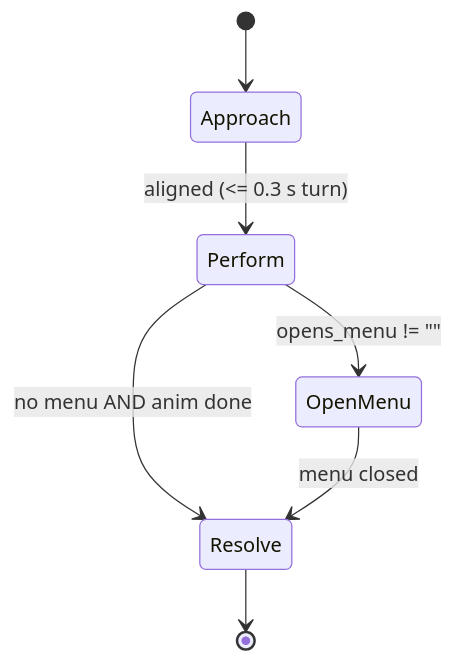
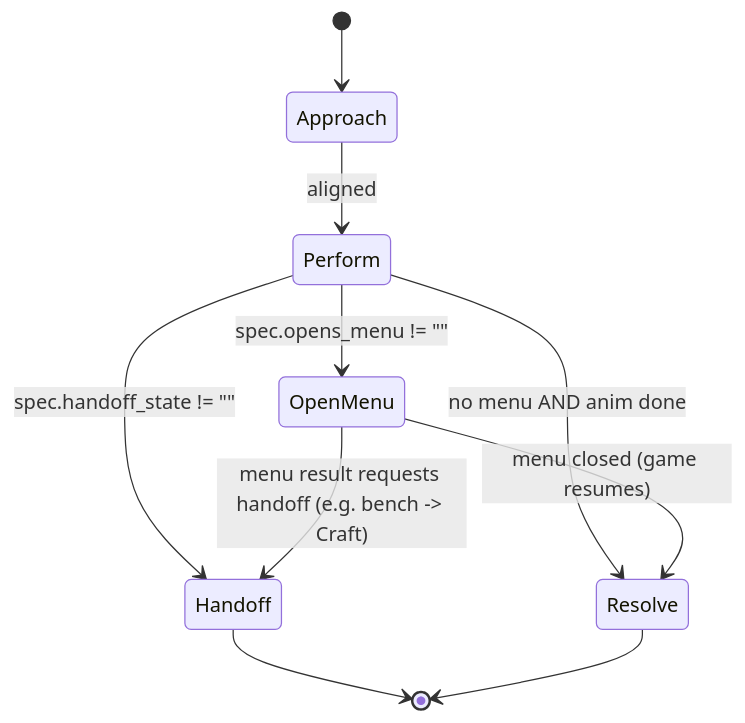
One commit to obamacka/gamesimpler changed the fourth of 7 diagrams in _docs/specs/spec1.md. Above: the diagram before and after it, drawn with Mermaid. The commit also changed other lines of this file, not shown here.

First line of the commit message:
Revise spec1 rev 3: resolve D1-D4

````diff
--- a/_docs/specs/spec1.md
+++ b/_docs/specs/spec1.md
@@ -790,9 +948,12 @@
 ```mermaid
 stateDiagram-v2
     [*] --> Approach
-    Approach --> Perform: aligned (<= 0.3 s turn)
-    Perform --> OpenMenu: opens_menu != ""
+    Approach --> Perform: aligned
+    Perform --> Handoff: spec.handoff_state != ""
+    Perform --> OpenMenu: spec.opens_menu != ""
     Perform --> Resolve: no menu AND anim done
-    OpenMenu --> Resolve: menu closed
+    OpenMenu --> Resolve: menu closed (game resumes)
+    OpenMenu --> Handoff: menu result requests handoff (e.g. bench -> Craft)
+    Handoff --> [*]
     Resolve --> [*]
 ```
````
